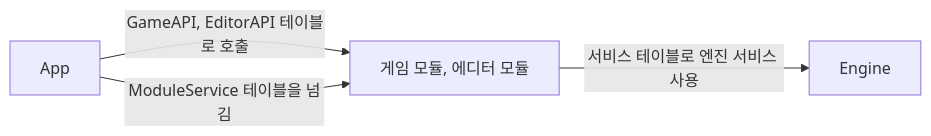
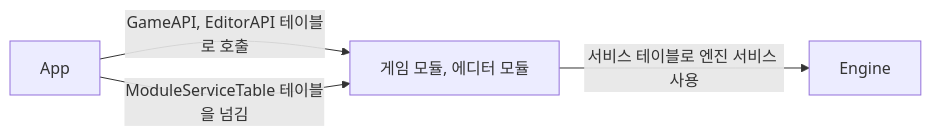
Before and after one commit to sswgame/LearningTemplate: the diagram in Source/RuntimeAPI/README.md, drawn with Mermaid. The commit also changed other lines of this file and 30 other files, not shown here.

First line of the commit message:
개명 - 모듈에 넘기는 서비스 포인터 테이블 ModuleService 를 ModuleServiceTable 로 바꾼다

````diff
--- a/Source/RuntimeAPI/README.md
+++ b/Source/RuntimeAPI/README.md
@@ -13,6 +13,6 @@
 ```mermaid
 graph LR
     App -->|GameAPI, EditorAPI 테이블로 호출| Module["게임 모듈, 에디터 모듈"]
-    App -->|ModuleService 테이블을 넘김| Module
+    App -->|ModuleServiceTable 테이블을 넘김| Module
     Module -->|서비스 테이블로 엔진 서비스 사용| Engine
 ```
````
